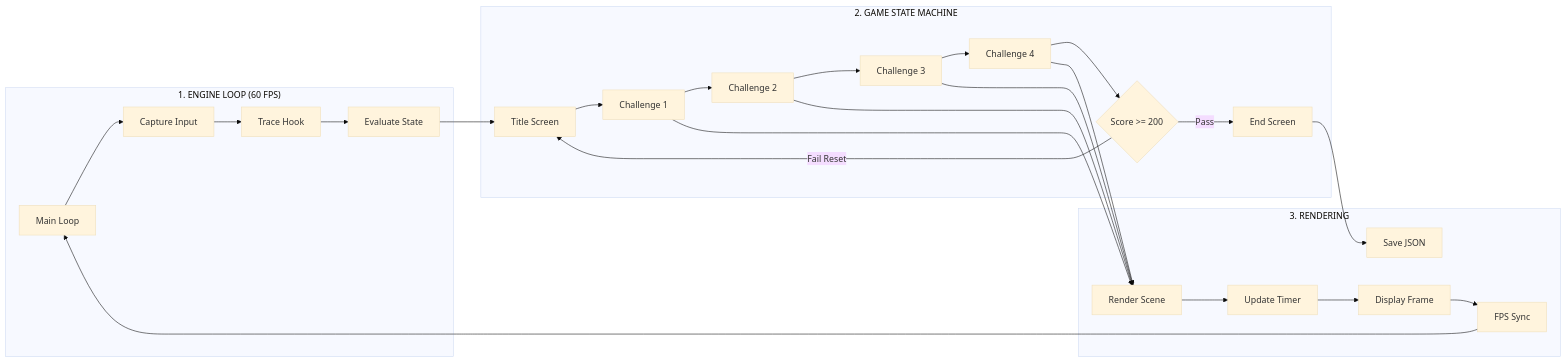
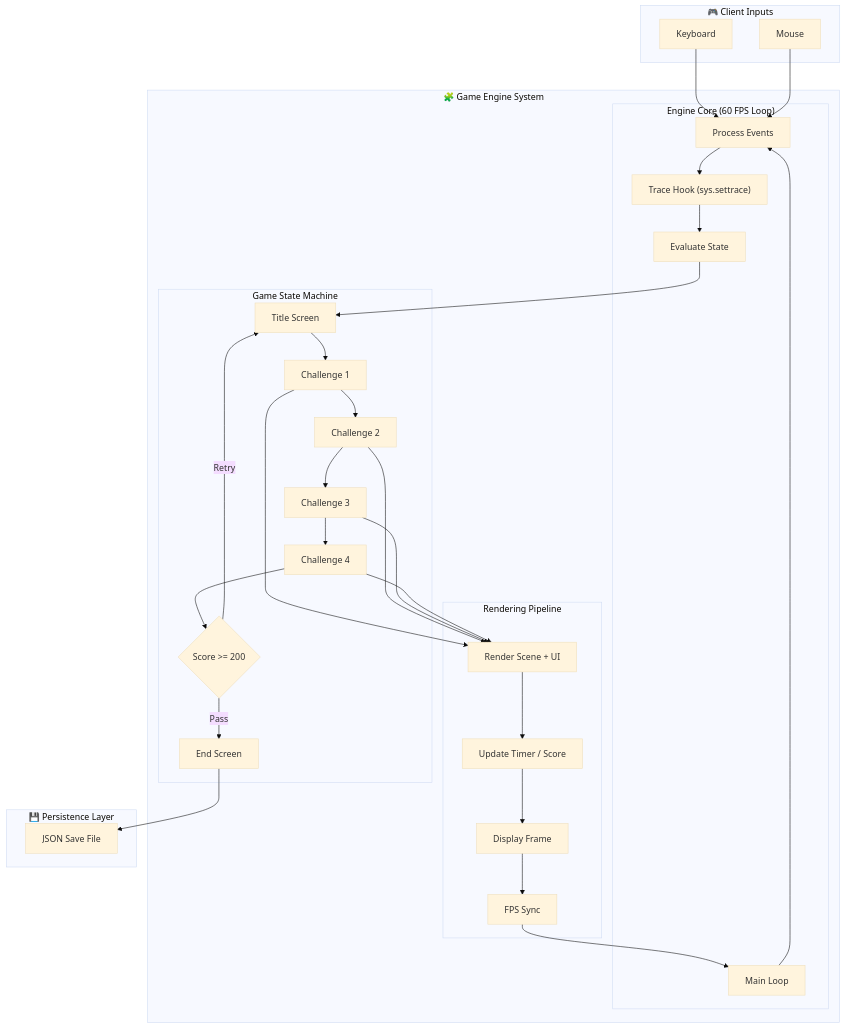
One commit to MrMoo-Hub/1940-Escape-Room-FBLA changed the diagram in README.md. Above: the diagram before and after it, drawn with Mermaid (base theme). The commit also changed other lines of this file, not shown here.

Commit message:
Update system architecture section in README

````diff
--- a/README.md
+++ b/README.md
@@ -73,50 +67,69 @@
 ```mermaid
-flowchart LR
+flowchart TB
 
-%% ========== ENGINE ==========
-subgraph ENGINE["1. ENGINE LOOP (60 FPS)"]
-    LOOP["Main Loop"] 
-    INPUT["Capture Input"] 
-    TRACE["Trace Hook"] 
-    ROUTE["Evaluate State"] 
-
-    LOOP --> INPUT --> TRACE --> ROUTE
+%% ===== CLIENT INPUTS =====
+subgraph INPUTS["🎮 Client Inputs"]
+    KB["Keyboard"]
+    MS["Mouse"]
 end
 
-%% ========== LOGIC ==========
-subgraph LOGIC["2. GAME STATE MACHINE"]
-    TITLE["Title Screen"]
-    ACT1["Challenge 1"]
-    ACT2["Challenge 2"]
-    ACT3["Challenge 3"]
-    ACT4["Challenge 4"]
+%% ===== GAME SYSTEM =====
+subgraph SYSTEM["🧩 Game Engine System"]
+    
+    %% --- ENGINE CORE ---
+    subgraph ENGINE["Engine Core (60 FPS Loop)"]
+        LOOP["Main Loop"]
+        EVENTS["Process Events"]
+        TRACE["Trace Hook (sys.settrace)"]
+        STATE["Evaluate State"]
 
-    CHECK{"Score >= 200"}
-    END["End Screen"]
+        LOOP --> EVENTS --> TRACE --> STATE
+    end
 
-    TITLE --> ACT1 --> ACT2 --> ACT3 --> ACT4 --> CHECK
-    CHECK -->|Pass| END
-    CHECK -->|Fail Reset| TITLE
+    %% --- GAME LOGIC ---
+    subgraph LOGIC["Game State Machine"]
+        TITLE["Title Screen"]
+        C1["Challenge 1"]
+        C2["Challenge 2"]
+        C3["Challenge 3"]
+        C4["Challenge 4"]
+
+        CHECK{"Score >= 200"}
+        END["End Screen"]
+
+        TITLE --> C1 --> C2 --> C3 --> C4 --> CHECK
+        CHECK -->|Pass| END
+        CHECK -->|Retry| TITLE
+    end
+
+    %% --- RENDER PIPELINE ---
+    subgraph RENDER["Rendering Pipeline"]
+        DRAW["Render Scene + UI"]
+        UPDATE["Update Timer / Score"]
+        DISPLAY["Display Frame"]
+        FPS["FPS Sync"]
+
+        DRAW --> UPDATE --> DISPLAY --> FPS
+    end
 end
 
-%% ========== RENDER ==========
-subgraph RENDER["3. RENDERING"]
-    DRAW["Render Scene"]
-    TIMER["Update Timer"]
-    DISPLAY["Display Frame"]
-    FPS["FPS Sync"]
-    SAVE["Save JSON"]
-
-    DRAW --> TIMER --> DISPLAY --> FPS
+%% ===== DATA LAYER =====
+subgraph DATA["💾 Persistence Layer"]
+    JSON["JSON Save File"]
 end
 
-%% ========== CONNECTIONS ==========
-ROUTE --> TITLE
-ACT1 --> DRAW
-ACT2 --> DRAW
-ACT3 --> DRAW
-ACT4 --> DRAW
+%% ===== CONNECTIONS =====
+KB --> EVENTS
+MS --> EVENTS
 
-END --> SAVE
+STATE --> TITLE
+
+C1 --> DRAW
+C2 --> DRAW
+C3 --> DRAW
+C4 --> DRAW
+
+END --> JSON
+
 FPS --> LOOP
 ```
````
